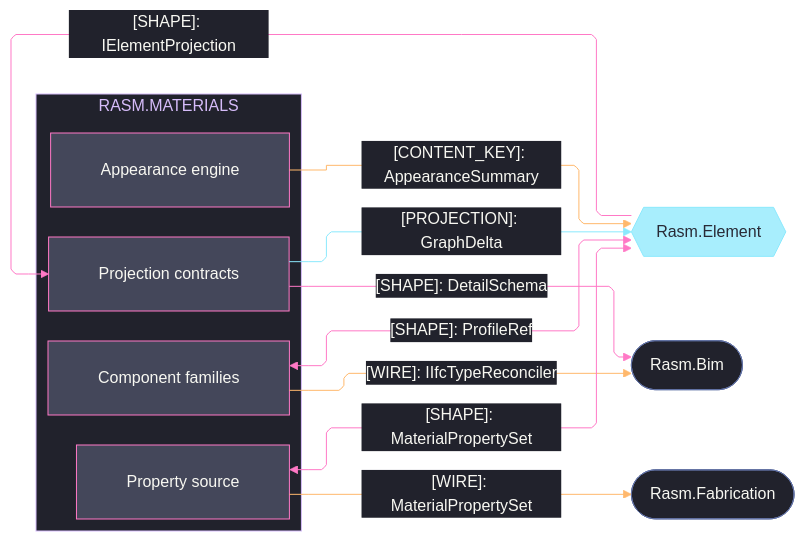
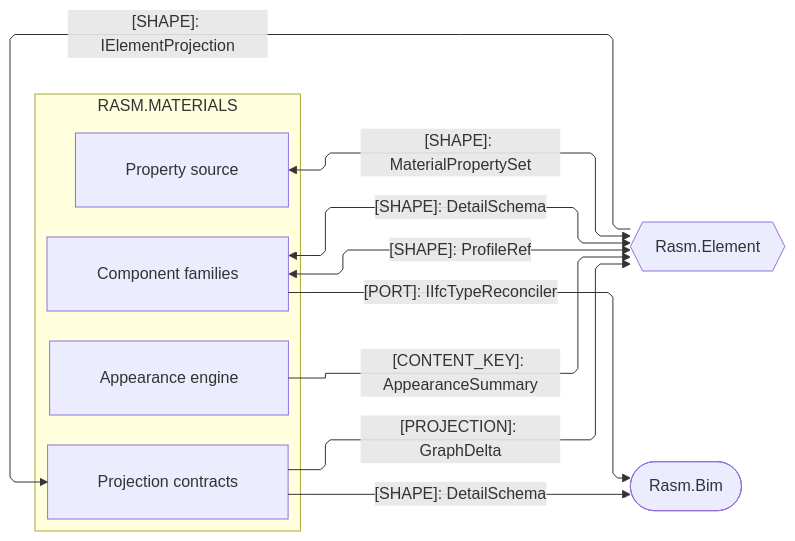
One commit to bsamiee/Rasm changed the second of 3 diagrams in libs/csharp/Rasm.Materials/ARCHITECTURE.md. Above: the diagram before and after it, drawn with Mermaid. The commit also changed other lines of this file and 460 other files, not shown here.

````diff
--- a/libs/csharp/Rasm.Materials/ARCHITECTURE.md
+++ b/libs/csharp/Rasm.Materials/ARCHITECTURE.md
@@ -110,60 +82,28 @@
 ```mermaid
 ---
 config:
-  theme: base
-  look: classic
   layout: elk
   flowchart:
     curve: linear
     padding: 25
-  themeVariables:
-    darkMode: true
-    fontFamily: "SF Mono, Menlo, Cascadia Mono, Segoe UI Mono, Consolas, monospace"
-    useGradient: false
-    dropShadow: "none"
-    background: "#282A36"
-    primaryColor: "#44475A"
-    primaryTextColor: "#F8F8F2"
-    primaryBorderColor: "#BD93F9"
-    lineColor: "#FF79C6"
-    textColor: "#F8F8F2"
-    clusterBkg: "#21222C"
-    clusterBorder: "#D6BCFA"
-    edgeLabelBackground: "#21222C"
-    labelBackgroundColor: "#21222C"
-    titleColor: "#D6BCFA"
-  themeCSS: ".nodeLabel{font-size:13px;font-weight:500}.edgeLabel{font-size:12px;font-weight:500}.cluster-label .nodeLabel{font-size:13.5px;font-weight:700;letter-spacing:.08em}.edge-thickness-normal{stroke-width:2px}.edge-thickness-thick{stroke-width:3px}.edge-pattern-dashed,.edge-pattern-dotted{stroke-width:1.5px;stroke-dasharray:4 6}.node rect,.node circle,.node polygon,.node path,.node .outer-path{stroke-width:1.5px;filter:none!important}.cluster rect{stroke-width:1px!important;stroke-dasharray:5 4!important;filter:none!important}.marker path{transform:scale(.8);transform-origin:5px 5px}.marker circle{transform:scale(.48);transform-origin:5px 5px}.edgeLabel rect{transform-box:fill-box;transform-origin:center;transform:scale(1.1,1.2)}"
 ---
 flowchart LR
     accTitle: Materials AEC-domain projection seams
-    accDescr: Materials sub-domain owners exchanging projections, section handles, and property sets with the AEC peers Element, Bim, and Fabrication, edge rails colored by kind and nodes classed by seam direction.
+    accDescr: Materials sub-domain owners exchanging projections, section handles, property sets, and detail bags with the AEC peers Element and Bim, one edge per contract family labeled by kind.
     subgraph materials[RASM.MATERIALS]
         Projection[Projection contracts]
         Component[Component families]
         Properties[Property source]
         Appearance[Appearance engine]
     end
     Element{{Rasm.Element}}
     Bim([Rasm.Bim])
-    Fabrication([Rasm.Fabrication])
     Element e1@-->|"[SHAPE]: IElementProjection"| Projection
     Projection e2@-->|"[PROJECTION]: GraphDelta"| Element
     Projection e3@-->|"[SHAPE]: DetailSchema"| Bim
     Component e4@<-->|"[SHAPE]: ProfileRef"| Element
-    Component e5@-->|"[WIRE]: IIfcTypeReconciler"| Bim
+    Component e5@-->|"[PORT]: IIfcTypeReconciler"| Bim
     Properties e6@<-->|"[SHAPE]: MaterialPropertySet"| Element
-    Properties e7@-->|"[WIRE]: MaterialPropertySet"| Fabrication
-    Appearance e8@-->|"[CONTENT_KEY]: AppearanceSummary"| Element
-    classDef primary fill:#44475A,stroke:#FF79C6,color:#F8F8F2
-    classDef external fill:#8BE9FDBF,stroke:#8BE9FD,color:#282A36
-    classDef annotation fill:#21222C,stroke:#6272A4,color:#F8F8F2
-    classDef edgeData stroke:#FFB86C,color:#F8F8F2
-    classDef edgeExternal stroke:#8BE9FD,color:#F8F8F2
-    classDef edgeControl stroke:#FF79C6,color:#F8F8F2
-    class Projection,Component,Properties,Appearance primary
-    class Element external
-    class Bim,Fabrication annotation
-    class e2 edgeExternal
-    class e1,e3,e4,e6 edgeControl
-    class e5,e7,e8 edgeData
+    Appearance e7@-->|"[CONTENT_KEY]: AppearanceSummary"| Element
+    Component e8@<-->|"[SHAPE]: DetailSchema"| Element
 ```
````
